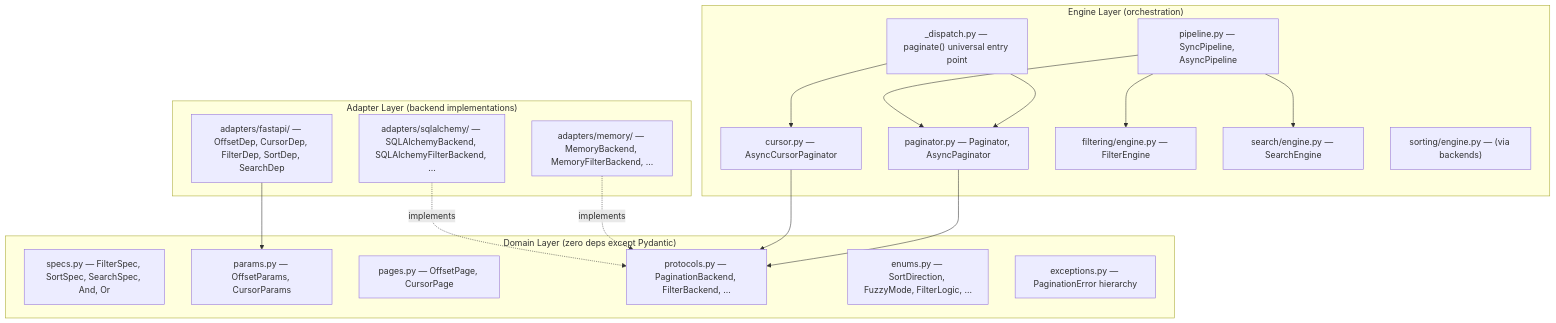
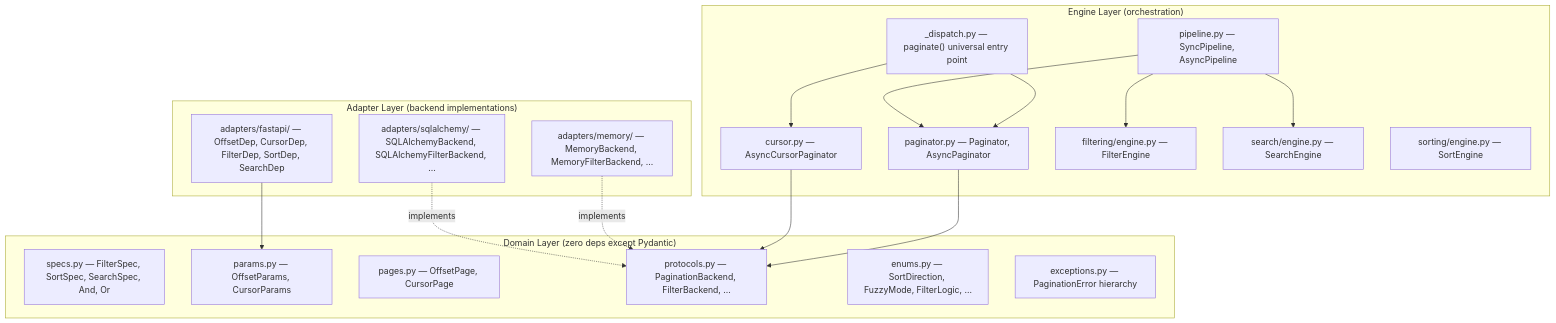
One commit to CybLow/paginate changed the first of 3 diagrams in docs/concepts/architecture.md. Above: the diagram before and after it, drawn with Mermaid. The commit also changed other lines of this file and 50 other files, not shown here.

````diff
--- a/docs/concepts/architecture.md
+++ b/docs/concepts/architecture.md
@@ -11,38 +11,38 @@
 ```{mermaid}
 graph TB
     subgraph "Domain Layer (zero deps except Pydantic)"
         Specs["specs.py — FilterSpec, SortSpec, SearchSpec, And, Or"]
         Params["params.py — OffsetParams, CursorParams"]
         Pages["pages.py — OffsetPage, CursorPage"]
         Protocols["protocols.py — PaginationBackend, FilterBackend, ..."]
         Enums["enums.py — SortDirection, FuzzyMode, FilterLogic, ..."]
         Exceptions["exceptions.py — PaginationError hierarchy"]
     end
 
     subgraph "Engine Layer (orchestration)"
         Dispatch["_dispatch.py — paginate() universal entry point"]
         Paginator["paginator.py — Paginator, AsyncPaginator"]
         CursorPag["cursor.py — AsyncCursorPaginator"]
         Pipeline["pipeline.py — SyncPipeline, AsyncPipeline"]
         FilterEng["filtering/engine.py — FilterEngine"]
         SearchEng["search/engine.py — SearchEngine"]
-        SortEng["sorting/engine.py — (via backends)"]
+        SortEng["sorting/engine.py — SortEngine"]
     end
 
     subgraph "Adapter Layer (backend implementations)"
         MemAdapt["adapters/memory/ — MemoryBackend, MemoryFilterBackend, ..."]
         SAAdapt["adapters/sqlalchemy/ — SQLAlchemyBackend, SQLAlchemyFilterBackend, ..."]
         FAAdapt["adapters/fastapi/ — OffsetDep, CursorDep, FilterDep, SortDep, SearchDep"]
     end
 
     Dispatch --> Paginator
     Dispatch --> CursorPag
     Pipeline --> Paginator
     Pipeline --> FilterEng
     Pipeline --> SearchEng
     Paginator --> Protocols
     CursorPag --> Protocols
     MemAdapt -.->|implements| Protocols
     SAAdapt -.->|implements| Protocols
     FAAdapt --> Params
 ```
````
